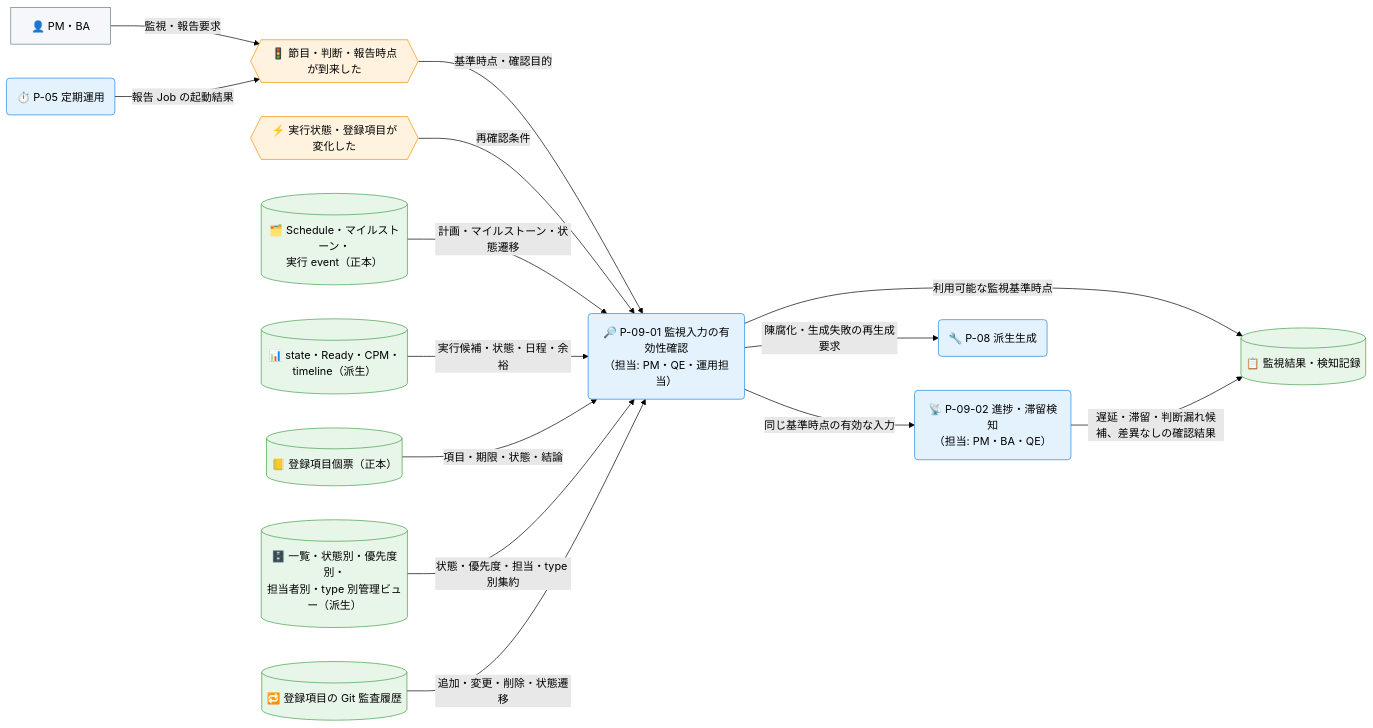
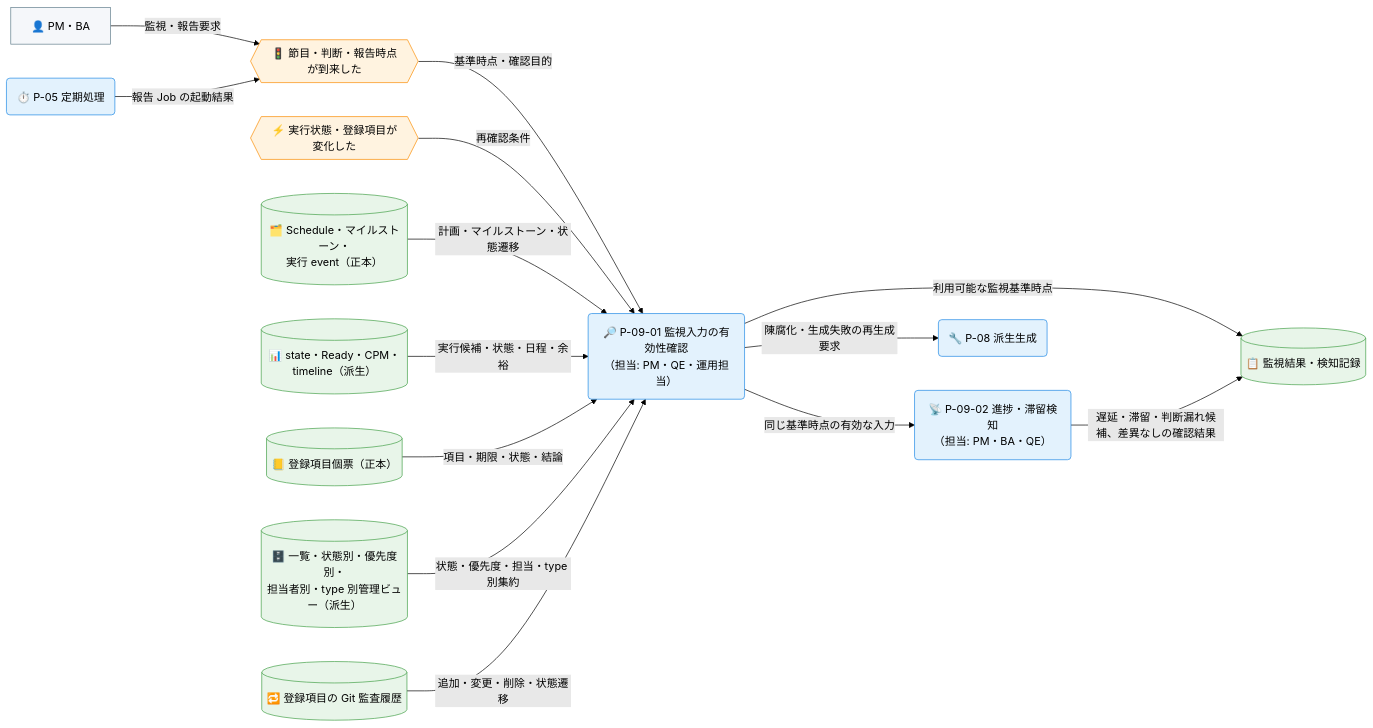
Before and after one commit to specdojo/specdojo: the first of 3 diagrams in docs/ja/product/010-business-specs/010-data-flow/cdfd-reporting.md, drawn with Mermaid (forest theme). The commit also changed other lines of this file and 18 other files, not shown here.

First line of the commit message:
exec(T-DATA-FLOW-cdfd-overview-140): finalize cdfd-overview bootstrap

````diff
--- a/docs/ja/product/010-business-specs/010-data-flow/cdfd-reporting.md
+++ b/docs/ja/product/010-business-specs/010-data-flow/cdfd-reporting.md
@@ -93,45 +93,45 @@
 ```mermaid
 flowchart LR
   classDef process fill:#e3f2fd,stroke:#1e88e5,color:#000
   classDef event fill:#fff3e0,stroke:#fb8c00,color:#000
   classDef store fill:#e8f5e9,stroke:#43a047,color:#000
   classDef actor fill:#f5f7fa,stroke:#607d8b,color:#000
 
   PMBA["👤 PM・BA"]
 
   報告時点到来{{"🚦 節目・判断・報告時点が到来した"}}
   状態変化発生{{"⚡ 実行状態・登録項目が変化した"}}
 
   監視入力有効性確認("🔎 P-09-01 監視入力の有効性確認<br>（担当: PM・QE・運用担当）")
   進捗滞留検知("📡 P-09-02 進捗・滞留検知<br>（担当: PM・BA・QE）")
 
-  定期運用("⏱️ P-05 定期運用")
+  定期処理("⏱️ P-05 定期処理")
   派生生成("🔧 P-08 派生生成")
 
   Schedule実行正本[("🗂️ Schedule・マイルストーン・<br>実行 event（正本）")]
   計画派生情報[("📊 state・Ready・CPM・timeline（派生）")]
   登録項目個票[("📒 登録項目個票（正本）")]
   登録簿管理ビュー[("🗄️ 一覧・状態別・優先度別・<br>担当者別・type 別管理ビュー（派生）")]
   Git監査履歴[("🔁 登録項目の Git 監査履歴")]
   監視結果[("📋 監視結果・検知記録")]
 
   PMBA -->|"監視・報告要求"| 報告時点到来
-  定期運用 -->|"報告 Job の起動結果"| 報告時点到来
+  定期処理 -->|"報告 Job の起動結果"| 報告時点到来
   報告時点到来 -->|"基準時点・確認目的"| 監視入力有効性確認
   状態変化発生 -->|"再確認条件"| 監視入力有効性確認
   Schedule実行正本 -->|"計画・マイルストーン・状態遷移"| 監視入力有効性確認
   計画派生情報 -->|"実行候補・状態・日程・余裕"| 監視入力有効性確認
   登録項目個票 -->|"項目・期限・状態・結論"| 監視入力有効性確認
   登録簿管理ビュー -->|"状態・優先度・担当・type 別集約"| 監視入力有効性確認
   Git監査履歴 -->|"追加・変更・削除・状態遷移"| 監視入力有効性確認
 
   監視入力有効性確認 -->|"同じ基準時点の有効な入力"| 進捗滞留検知
   監視入力有効性確認 -->|"陳腐化・生成失敗の再生成要求"| 派生生成
   監視入力有効性確認 -->|"利用可能な監視基準時点"| 監視結果
   進捗滞留検知 -->|"遅延・滞留・判断漏れ候補、差異なしの確認結果"| 監視結果
 
-  class 監視入力有効性確認,進捗滞留検知,定期運用,派生生成 process
+  class 監視入力有効性確認,進捗滞留検知,定期処理,派生生成 process
   class 報告時点到来,状態変化発生 event
   class Schedule実行正本,計画派生情報,登録項目個票,登録簿管理ビュー,Git監査履歴,監視結果 store
   class PMBA actor
 ```
````
